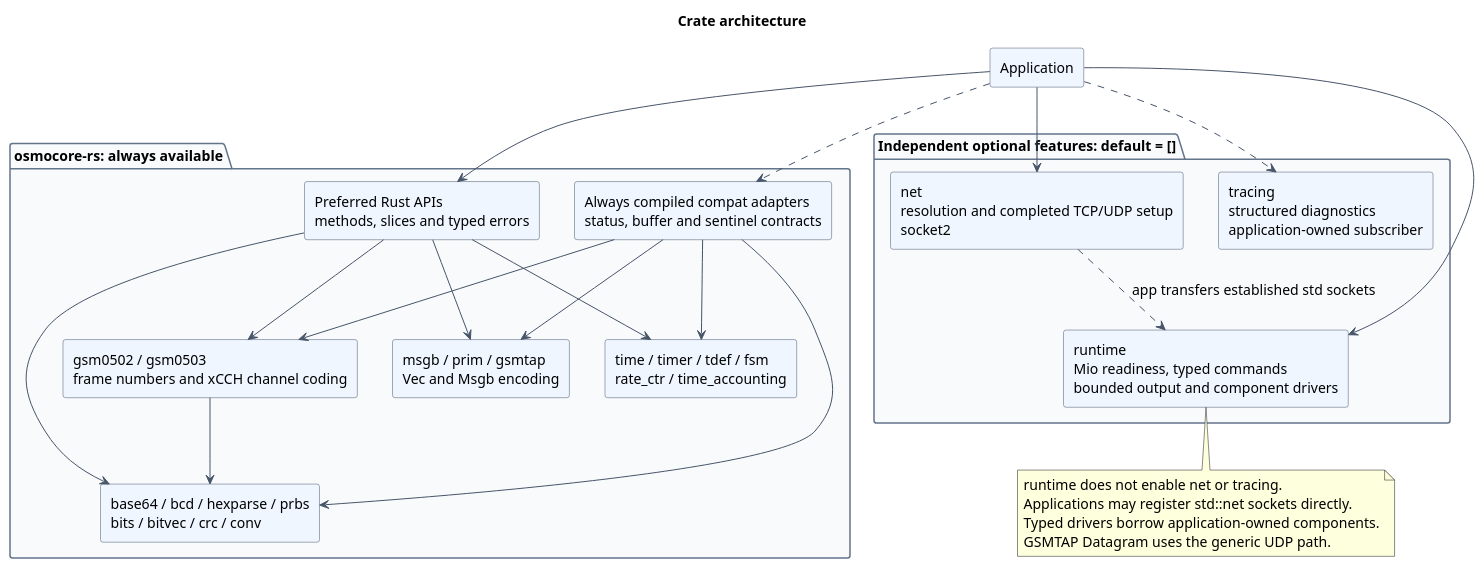
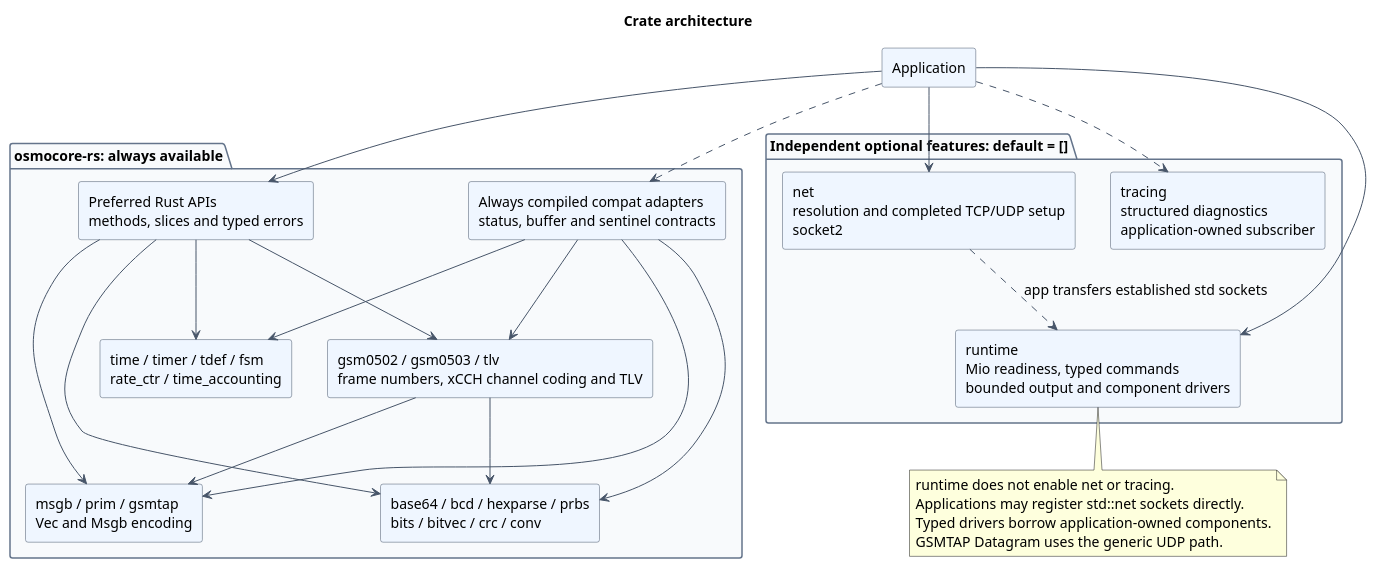
One commit to Silent-Wolf-Labs/osmocore-rs changed the diagram in docs/architecture/diagrams/src/crate-architecture.puml. Above: the diagram before and after it, drawn with PlantUML. The commit also changed 1 other file, not shown here.

Commit message:
docs(architecture): add tlv and regenerate the crate diagram

```diff
--- a/docs/architecture/diagrams/src/crate-architecture.puml
+++ b/docs/architecture/diagrams/src/crate-architecture.puml
@@ -1,49 +1,50 @@
 @startuml
 title Crate architecture
 skinparam backgroundColor white
 skinparam shadowing false
 skinparam componentStyle rectangle
 skinparam defaultFontName SansSerif
 skinparam defaultFontSize 14
 skinparam ArrowColor #475569
 skinparam componentBackgroundColor #EFF6FF
 skinparam componentBorderColor #475569
 skinparam packageBackgroundColor #F8FAFC
 skinparam packageBorderColor #64748B
 top to bottom direction
 component "Application" as app
 package "osmocore-rs: always available" {
 component "Preferred Rust APIs\nmethods, slices and typed errors" as preferred
 component "Always compiled compat adapters\nstatus, buffer and sentinel contracts" as compat
 component "base64 / bcd / hexparse / prbs\nbits / bitvec / crc / conv" as utilities
-component "gsm0502 / gsm0503\nframe numbers and xCCH channel coding" as gsm
+component "gsm0502 / gsm0503 / tlv\nframe numbers, xCCH channel coding and TLV" as gsm
 component "msgb / prim / gsmtap\nVec and Msgb encoding" as messages
 component "time / timer / tdef / fsm\nrate_ctr / time_accounting" as components
 }
 package "Independent optional features: default = []" {
 component "net\nresolution and completed TCP/UDP setup\nsocket2" as net
 component "runtime\nMio readiness, typed commands\nbounded output and component drivers" as runtime
 component "tracing\nstructured diagnostics\napplication-owned subscriber" as tracing
 }
 app --> preferred
 app ..> compat
 preferred --> utilities
 preferred --> gsm
 preferred --> messages
 preferred --> components
 compat --> utilities
 compat --> gsm
 compat --> messages
 compat --> components
 gsm --> utilities
+gsm --> messages
 app --> net
 app --> runtime
 app ..> tracing
 net ..> runtime : app transfers established std sockets
 note bottom of runtime
 runtime does not enable net or tracing.
 Applications may register std::net sockets directly.
 Typed drivers borrow application-owned components.
 GSMTAP Datagram uses the generic UDP path.
 end note
 @enduml
```
